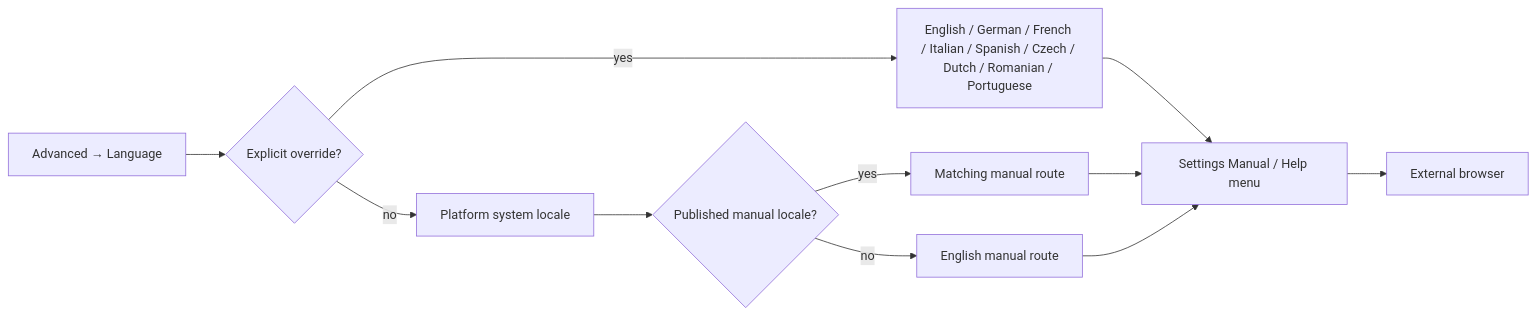
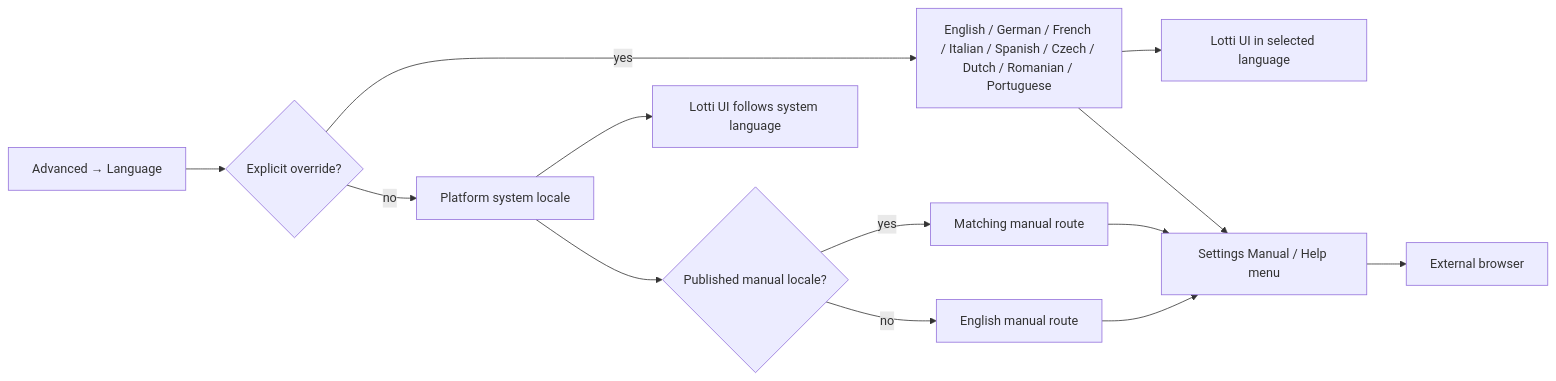
The seventh of 8 diagrams in lib/features/settings/README.md (matthiasn/lotti), drawn with Mermaid before and after one commit. The commit also changed other lines of this file and 26 other files, not shown here.

Commit message:
fix: apply selected language to app UI (#3519)

````diff
--- a/lib/features/settings/README.md
+++ b/lib/features/settings/README.md
@@ -592,13 +595,15 @@
 ```mermaid
 flowchart LR
   Choice["Advanced → Language"] --> Preference{"Explicit override?"}
   Preference -->|yes| Override["English / German / French / Italian / Spanish / Czech / Dutch / Romanian / Portuguese"]
   Preference -->|no| System["Platform system locale"]
+  Override --> OverrideAppUi["Lotti UI in selected language"]
+  System --> SystemAppUi["Lotti UI follows system language"]
   System --> Catalog{"Published manual locale?"}
   Catalog -->|yes| Matched["Matching manual route"]
   Catalog -->|no| English["English manual route"]
   Override --> ManualLink["Settings Manual / Help menu"]
   Matched --> ManualLink
   English --> ManualLink
   ManualLink --> Browser["External browser"]
 ```
````
